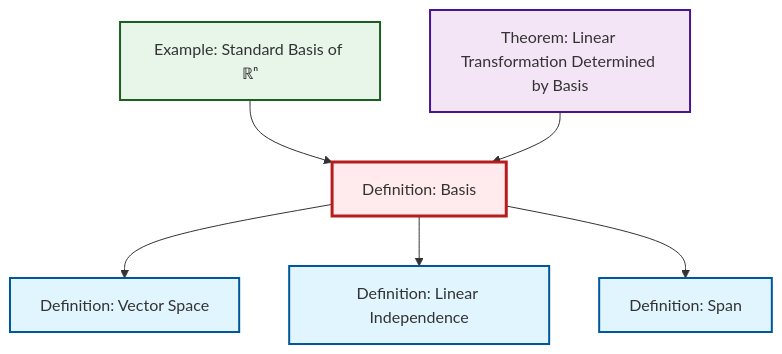
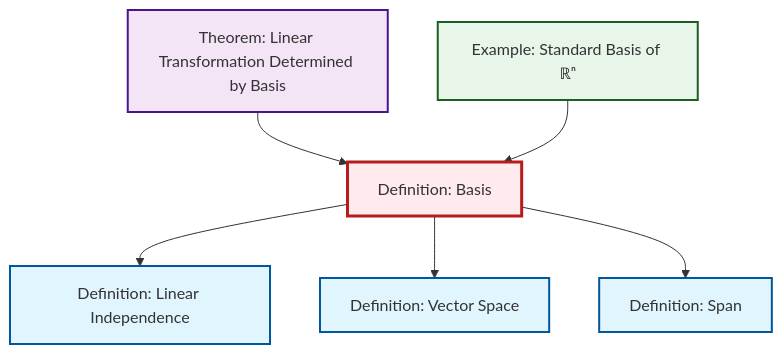
The diagram in content/en/algebra/def-basis.qmd (RK0429/ModernMath), drawn with Mermaid before and after one commit. The commit also changed other lines of this file and 634 other files, not shown here.

````diff
--- a/content/en/algebra/def-basis.qmd
+++ b/content/en/algebra/def-basis.qmd
@@ -48,26 +48,26 @@
 ```{mermaid}
 %%| fig-cap: "Local dependency graph"
 graph TD
     classDef definition fill:#e1f5fe,stroke:#01579b,stroke-width:2px
     classDef theorem fill:#f3e5f5,stroke:#4a148c,stroke-width:2px
     classDef axiom fill:#fff3e0,stroke:#e65100,stroke-width:2px
     classDef example fill:#e8f5e9,stroke:#1b5e20,stroke-width:2px
     classDef current fill:#ffebee,stroke:#b71c1c,stroke-width:3px
-    thm-linear-transformation-basis["Theorem: Linear Transformation Determined by Basis"]:::theorem
-    def-span["Definition: Span"]:::definition
-    def-linear-independence["Definition: Linear Independence"]:::definition
     ex-standard-basis-rn["Example: Standard Basis of ℝⁿ"]:::example
     def-basis["Definition: Basis"]:::definition
+    thm-linear-transformation-basis["Theorem: Linear Transformation Determined by Basis"]:::theorem
     def-vector-space["Definition: Vector Space"]:::definition
+    def-linear-independence["Definition: Linear Independence"]:::definition
+    def-span["Definition: Span"]:::definition
+    def-basis --> def-linear-independence
+    thm-linear-transformation-basis --> def-basis
     ex-standard-basis-rn --> def-basis
     def-basis --> def-vector-space
-    thm-linear-transformation-basis --> def-basis
-    def-basis --> def-linear-independence
     def-basis --> def-span
     class def-basis current
+    click ex-standard-basis-rn "ex-standard-basis-rn.html" "Go to Standard Basis of ℝⁿ example"
     click thm-linear-transformation-basis "thm-linear-transformation-basis.html" "Go to Linear Transformation Determined by Basis theorem"
+    click def-vector-space "def-vector-space.html" "Go to Vector Space definition"
+    click def-linear-independence "def-linear-independence.html" "Go to Linear Independence definition"
     click def-span "def-span.html" "Go to Span definition"
-    click def-linear-independence "def-linear-independence.html" "Go to Linear Independence definition"
-    click ex-standard-basis-rn "ex-standard-basis-rn.html" "Go to Standard Basis of ℝⁿ example"
-    click def-vector-space "def-vector-space.html" "Go to Vector Space definition"
 ```
````
